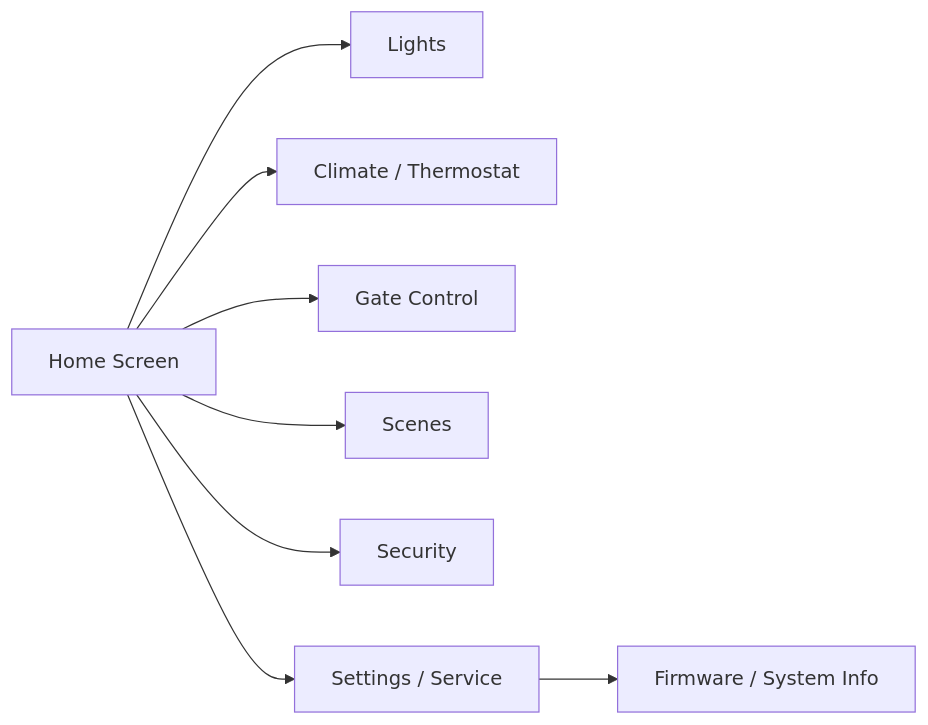
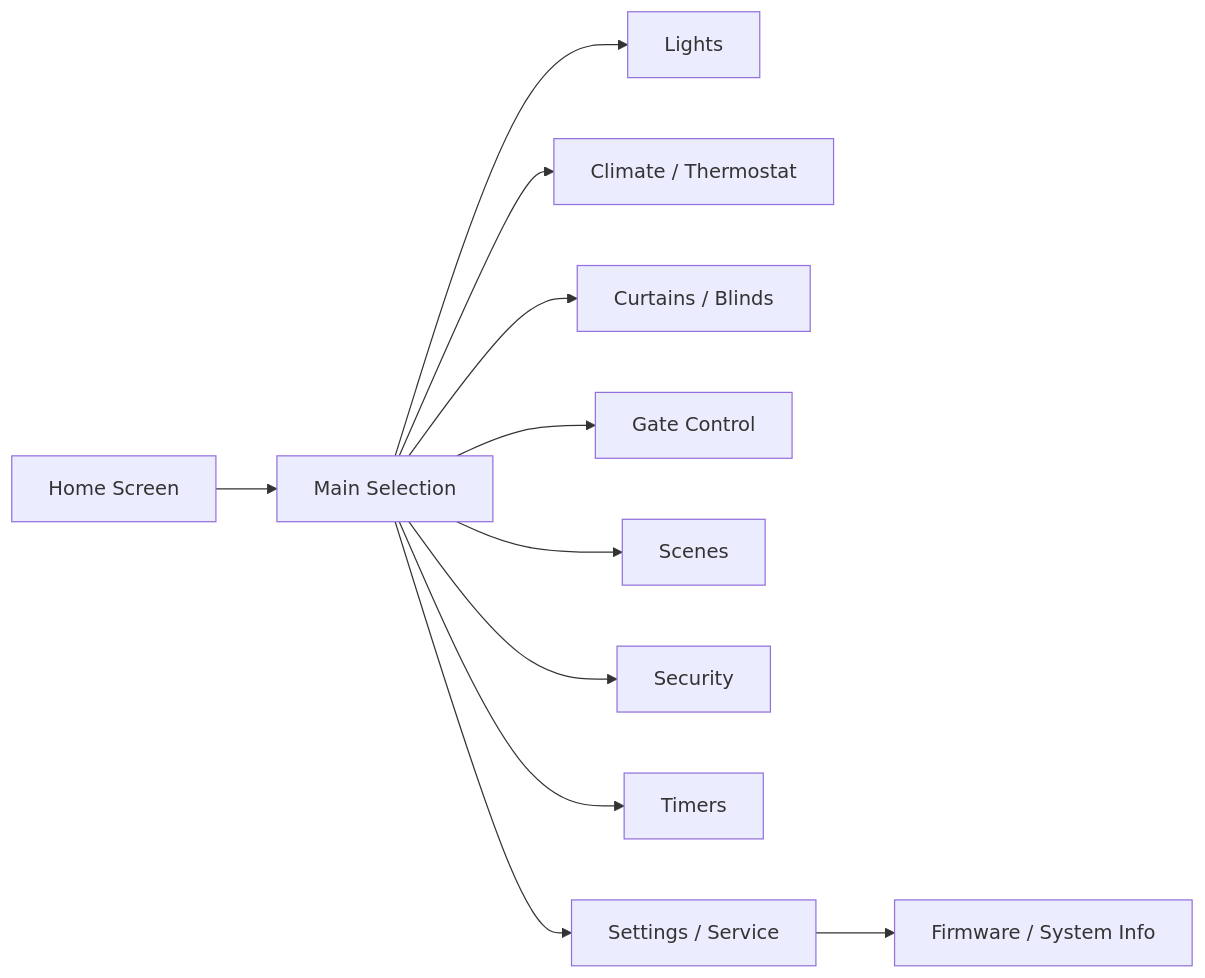
Before and after one commit to eldar6776/IntegratedController: the second of 2 diagrams in README.md, drawn with Mermaid. The commit also changed other lines of this file, not shown here.

Commit message:
Expand README with richer architecture, modules, documentation, and presentation sections

````diff
--- a/README.md
+++ b/README.md
@@ -203,19 +403,25 @@
 ```mermaid
 flowchart LR
     HOME[Home Screen]
+    SELECT[Main Selection]
     LIGHTS[Lights]
     CLIMATE[Climate / Thermostat]
+    CURTAINS[Curtains / Blinds]
     GATE[Gate Control]
     SCENES[Scenes]
     SECURITY[Security]
+    TIMER[Timers]
     SETTINGS[Settings / Service]
     UPDATE[Firmware / System Info]
 
-    HOME --> LIGHTS
-    HOME --> CLIMATE
-    HOME --> GATE
-    HOME --> SCENES
-    HOME --> SECURITY
-    HOME --> SETTINGS
+    HOME --> SELECT
+    SELECT --> LIGHTS
+    SELECT --> CLIMATE
+    SELECT --> CURTAINS
+    SELECT --> GATE
+    SELECT --> SCENES
+    SELECT --> SECURITY
+    SELECT --> TIMER
+    SELECT --> SETTINGS
     SETTINGS --> UPDATE
 ```
````
